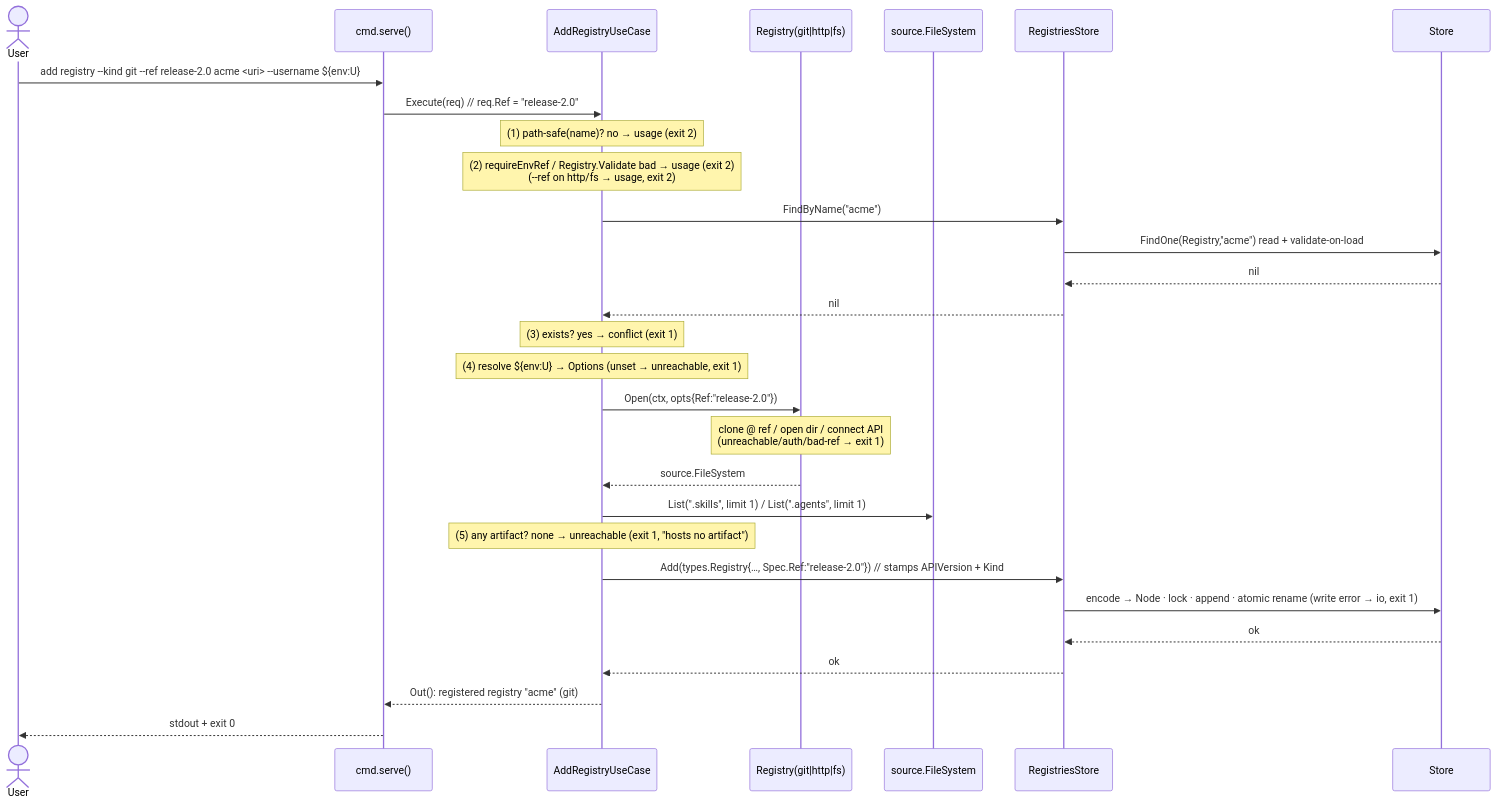
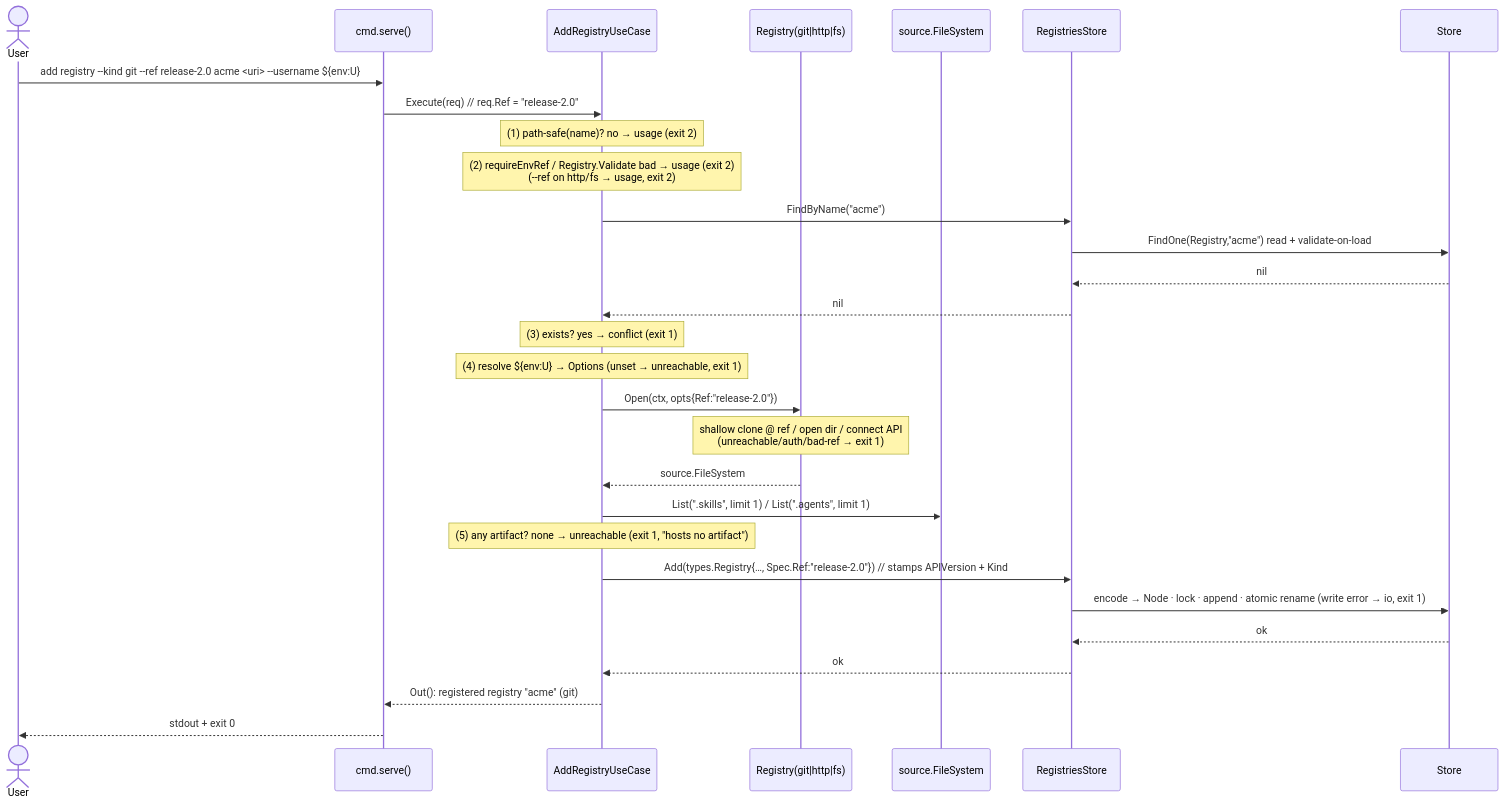
The second of 3 diagrams in spec/0001-add-registry/plan.md (Delfimarime/sauron), drawn with Mermaid before and after one commit. The commit also changed other lines of this file and 1 other file, not shown here.

````diff
--- a/spec/0001-add-registry/plan.md
+++ b/spec/0001-add-registry/plan.md
@@ -117,32 +117,32 @@
 ```mermaid
 sequenceDiagram
   actor U as User
   participant C as cmd.serve()
   participant UC as AddRegistryUseCase
   participant R as Registry(git|http|fs)
   participant FSx as source.FileSystem
   participant RS as RegistriesStore
   participant ST as Store
 
   U->>C: add registry --kind git --ref release-2.0 acme <uri> --username ${env:U}
   C->>UC: Execute(req)  // req.Ref = "release-2.0"
   Note over UC: (1) path-safe(name)? no → usage (exit 2)
   Note over UC: (2) requireEnvRef / Registry.Validate bad → usage (exit 2)<br/>(--ref on http/fs → usage, exit 2)
   UC->>RS: FindByName("acme")
   RS->>ST: FindOne(Registry,"acme") read + validate-on-load
   ST-->>RS: nil
   RS-->>UC: nil
   Note over UC: (3) exists? yes → conflict (exit 1)
   Note over UC: (4) resolve ${env:U} → Options (unset → unreachable, exit 1)
   UC->>R: Open(ctx, opts{Ref:"release-2.0"})
-  Note over R: clone @ ref / open dir / connect API<br/>(unreachable/auth/bad-ref → exit 1)
+  Note over R: shallow clone @ ref / open dir / connect API<br/>(unreachable/auth/bad-ref → exit 1)
   R-->>UC: source.FileSystem
   UC->>FSx: List(".skills", limit 1) / List(".agents", limit 1)
   Note over UC: (5) any artifact? none → unreachable (exit 1, "hosts no artifact")
   UC->>RS: Add(types.Registry{…, Spec.Ref:"release-2.0"})  // stamps APIVersion + Kind
   RS->>ST: encode → Node · lock · append · atomic rename (write error → io, exit 1)
   ST-->>RS: ok
   RS-->>UC: ok
   UC-->>C: Out(): registered registry "acme" (git)
   C-->>U: stdout + exit 0
 ```
````
